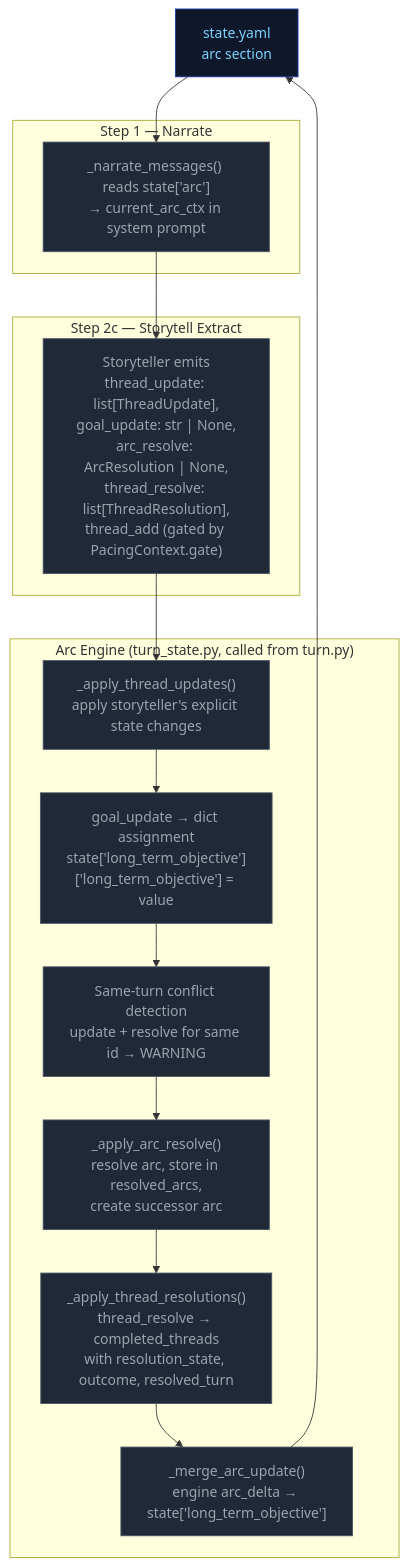
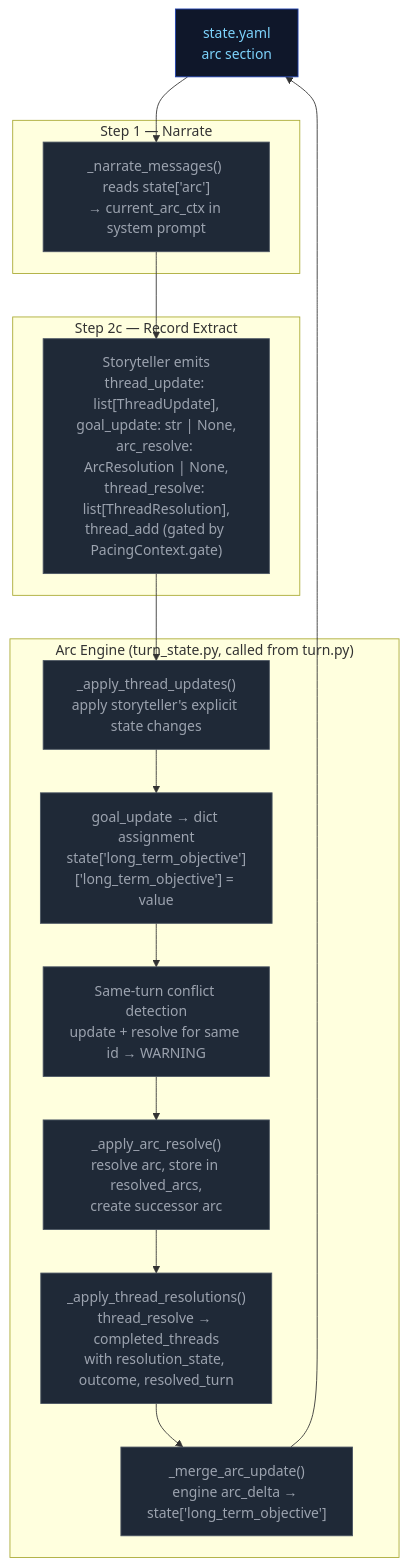
One commit to pww217/fablethread changed the third of 3 diagrams in docs/architecture/step2c-record.md. Above: the diagram before and after it, drawn with Mermaid. The commit also changed other lines of this file and 34 other files, not shown here.

````diff
--- a/docs/architecture/step2c-record.md
+++ b/docs/architecture/step2c-record.md
@@ -148,34 +148,34 @@
 ```mermaid
 flowchart TD
     classDef stageRules fill:#4c1d95,color:#ddd6fe,stroke:#7c3aed
     classDef stageNarrate fill:#1e3a5f,color:#bfdbfe,stroke:#3b82f6
     classDef stageProgress fill:#500724,color:#fbcfe8,stroke:#ec4899
     classDef pyNode fill:#1f2937,color:#9ca3af,stroke:#4b5563
     classDef arcNode fill:#3b0764,color:#e9d5ff,stroke:#7c3aed
     classDef storageNode fill:#0f172a,color:#7dd3fc,stroke:#1e40af
 
     STATE["state.yaml<br>arc section"]:::storageNode
 
     subgraph NARRATE["Step 1 — Narrate"]
         N1["_narrate_messages() reads state['arc']<br>→ current_arc_ctx in system prompt"]:::pyNode
     end
 
-    subgraph EXTRACT["Step 2c — Storytell Extract"]
+    subgraph EXTRACT["Step 2c — Record Extract"]
         E1["Storyteller emits<br>thread_update: list[ThreadUpdate],<br>goal_update: str | None,<br>arc_resolve: ArcResolution | None,<br>thread_resolve: list[ThreadResolution],<br>thread_add (gated by PacingContext.gate)"]:::pyNode
     end
 
     subgraph ARC_ENGINE["Arc Engine (turn_state.py, called from turn.py)"]
         A1["_apply_thread_updates()<br>apply storyteller's explicit state changes"]:::pyNode
         A2["goal_update → dict assignment<br>state['long_term_objective']['long_term_objective'] = value"]:::pyNode
         A3["Same-turn conflict detection<br>update + resolve for same id → WARNING"]:::pyNode
         A4["_apply_arc_resolve()<br>resolve arc, store in resolved_arcs,<br>create successor arc"]:::pyNode
         A5["_apply_thread_resolutions()<br>thread_resolve → completed_threads<br>with resolution_state, outcome, resolved_turn"]:::pyNode
         A6["_merge_arc_update()<br>engine arc_delta → state['long_term_objective']"]:::pyNode
     end
 
     STATE --> N1
     N1 --> E1
     E1 --> A1 --> A2 --> A3 --> A4 --> A5 --> A6
 
     A6 --> STATE
 ```
````
